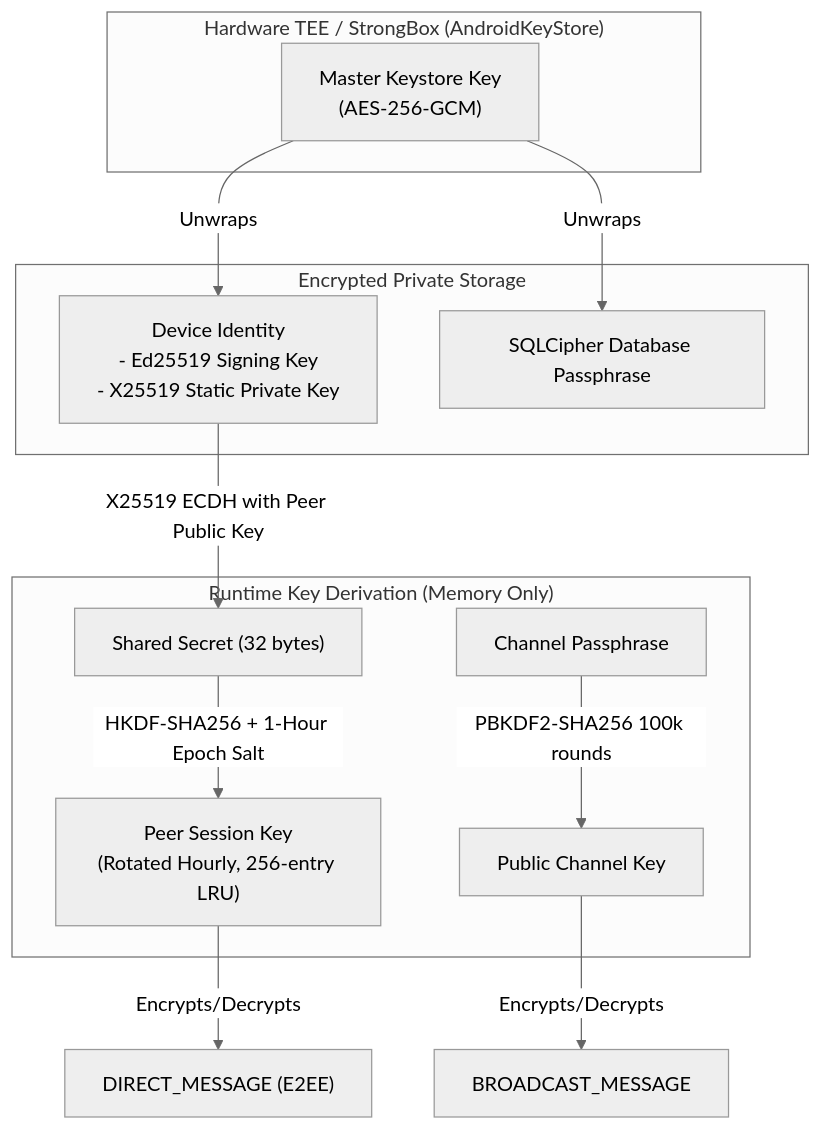
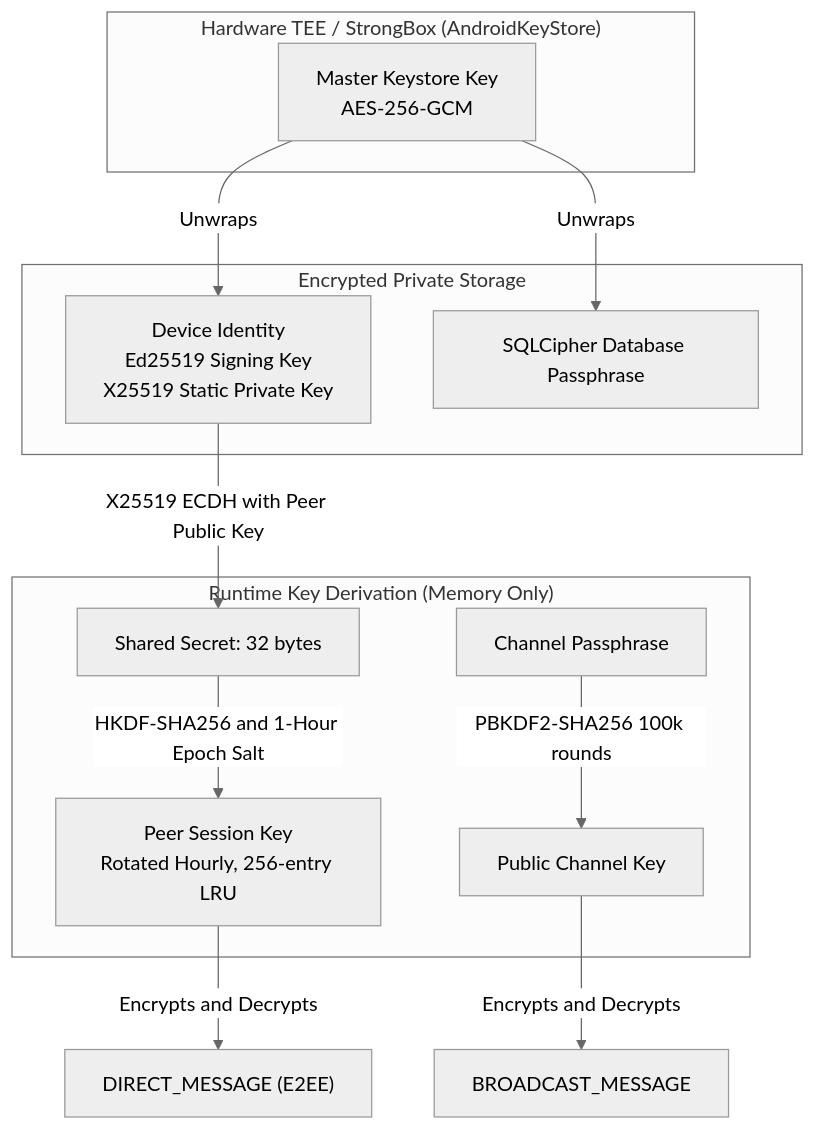
The diagram in docs/SECURITY.md (gintama1018/BIT-FOR-US), drawn with Mermaid (neutral theme) before and after one commit. The commit also changed 2 other files, not shown here.

Commit message:
fix(docs): fix Mermaid diagram syntax errors and sanitize edge labels

````diff
--- a/docs/SECURITY.md
+++ b/docs/SECURITY.md
@@ -27,20 +27,20 @@
 ```mermaid
 graph TD
     subgraph Hardware_TEE["Hardware TEE / StrongBox (AndroidKeyStore)"]
-        MasterKey["Master Keystore Key\n(AES-256-GCM)"]
+        MasterKey["Master Keystore Key<br>AES-256-GCM"]
     end
 
     subgraph Encrypted_Storage["Encrypted Private Storage"]
-        MasterKey -->|Unwraps| IdentityKeys["Device Identity\n- Ed25519 Signing Key\n- X25519 Static Private Key"]
+        MasterKey -->|Unwraps| IdentityKeys["Device Identity<br>Ed25519 Signing Key<br>X25519 Static Private Key"]
         MasterKey -->|Unwraps| DbKey["SQLCipher Database Passphrase"]
     end
 
     subgraph Ephemeral_Derivation["Runtime Key Derivation (Memory Only)"]
-        IdentityKeys -->|X25519 ECDH with Peer Public Key| SharedSecret["Shared Secret (32 bytes)"]
-        SharedSecret -->|HKDF-SHA256 + 1-Hour Epoch Salt| SessionKey["Peer Session Key\n(Rotated Hourly, 256-entry LRU)"]
-        Passphrase["Channel Passphrase"] -->|PBKDF2-SHA256 100k rounds| ChannelKey["Public Channel Key"]
+        IdentityKeys -->|"X25519 ECDH with Peer Public Key"| SharedSecret["Shared Secret: 32 bytes"]
+        SharedSecret -->|"HKDF-SHA256 and 1-Hour Epoch Salt"| SessionKey["Peer Session Key<br>Rotated Hourly, 256-entry LRU"]
+        Passphrase["Channel Passphrase"] -->|"PBKDF2-SHA256 100k rounds"| ChannelKey["Public Channel Key"]
     end
 
-    SessionKey -->|Encrypts/Decrypts| DirectPackets["DIRECT_MESSAGE (E2EE)"]
-    ChannelKey -->|Encrypts/Decrypts| PublicPackets["BROADCAST_MESSAGE"]
+    SessionKey -->|"Encrypts and Decrypts"| DirectPackets["DIRECT_MESSAGE (E2EE)"]
+    ChannelKey -->|"Encrypts and Decrypts"| PublicPackets["BROADCAST_MESSAGE"]
 ```
````
